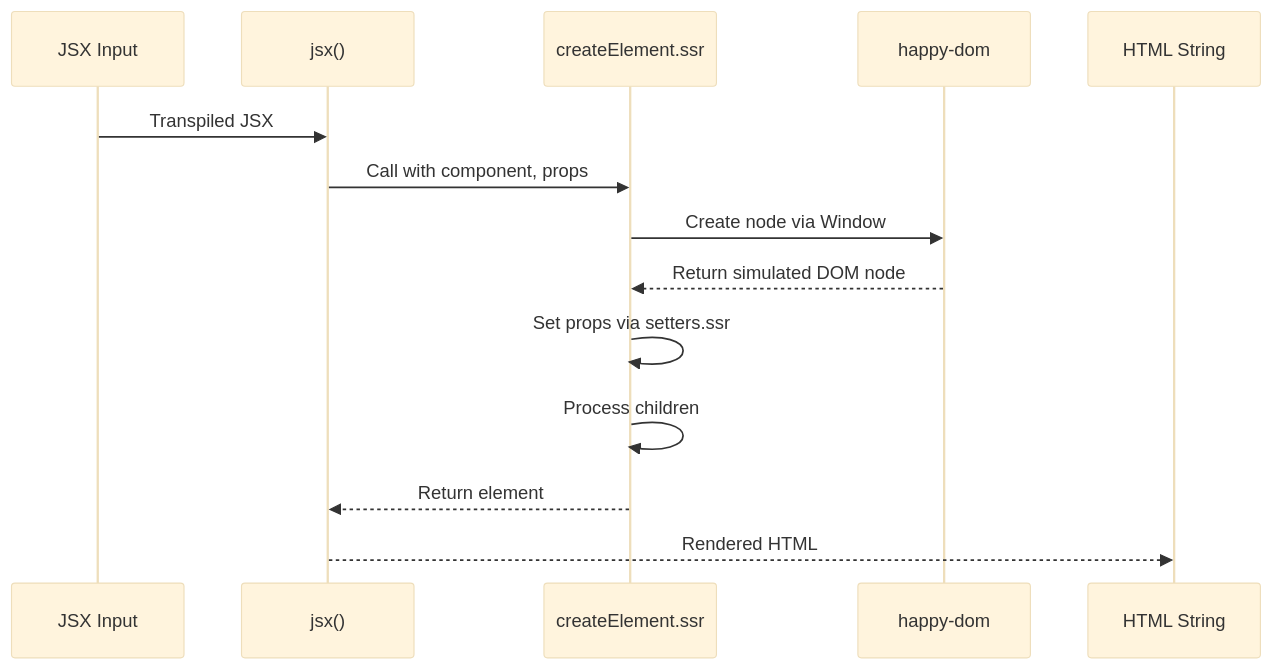
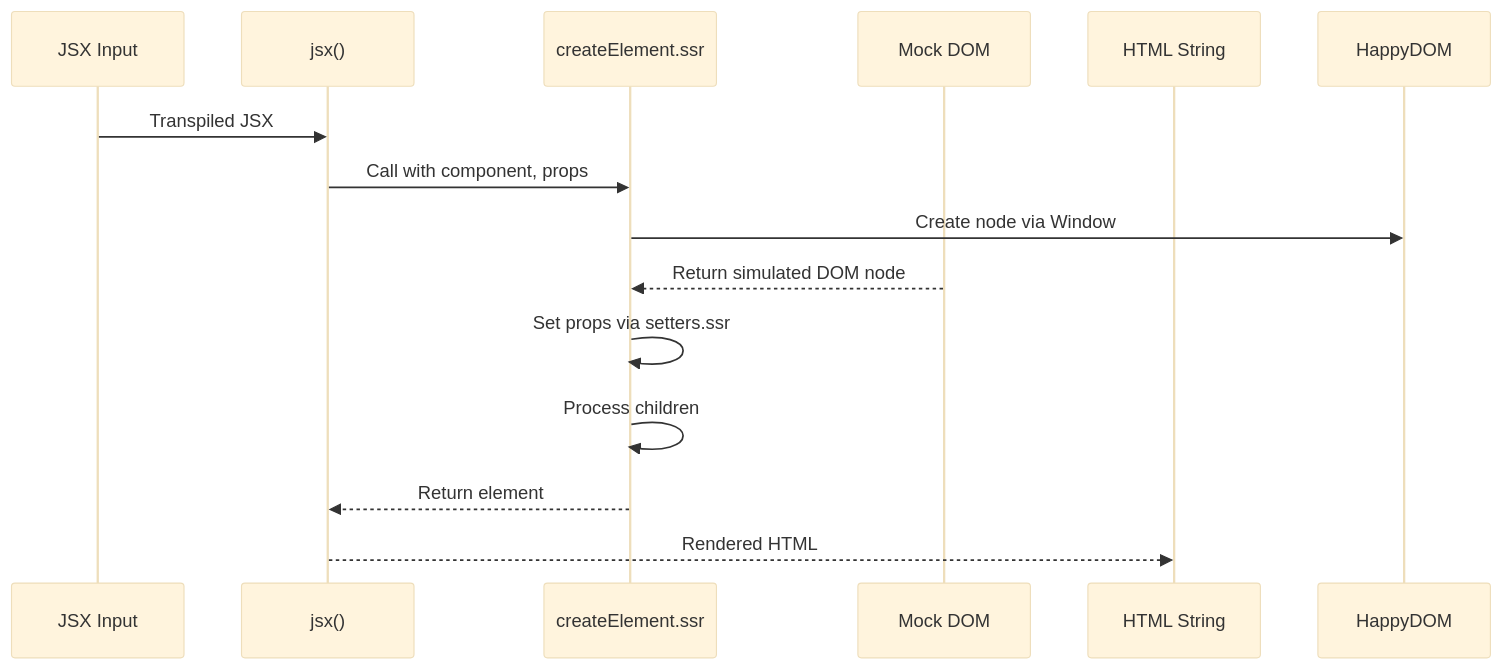
The third of 3 diagrams in .qoder/repowiki/en/content/API Reference/Core Methods/Element Creation/Element Creation.md (wobyjs/woby), drawn with Mermaid (base theme) before and after one commit. The commit also changed other lines of this file and 911 other files, not shown here.

First line of the commit message:
refactor(ssr): replace happy-dom with custom DOM mocks for server-side rendering

````diff
--- a/.qoder/repowiki/en/content/API Reference/Core Methods/Element Creation/Element Creation.md
+++ b/.qoder/repowiki/en/content/API Reference/Core Methods/Element Creation/Element Creation.md
@@ -158,16 +158,16 @@
 ```mermaid
 sequenceDiagram
 participant JSX as JSX Input
 participant Runtime as jsx()
 participant SSRCreate as createElement.ssr
-participant HappyDOM as happy-dom
+participant MockDOM as Mock DOM
 participant Output as HTML String
 JSX->>Runtime : Transpiled JSX
 Runtime->>SSRCreate : Call with component, props
 SSRCreate->>HappyDOM : Create node via Window
-HappyDOM-->>SSRCreate : Return simulated DOM node
+MockDOM-->>SSRCreate : Return simulated DOM node
 SSRCreate->>SSRCreate : Set props via setters.ssr
 SSRCreate->>SSRCreate : Process children
 SSRCreate-->>Runtime : Return element
 Runtime-->>Output : Rendered HTML
 ```
````
